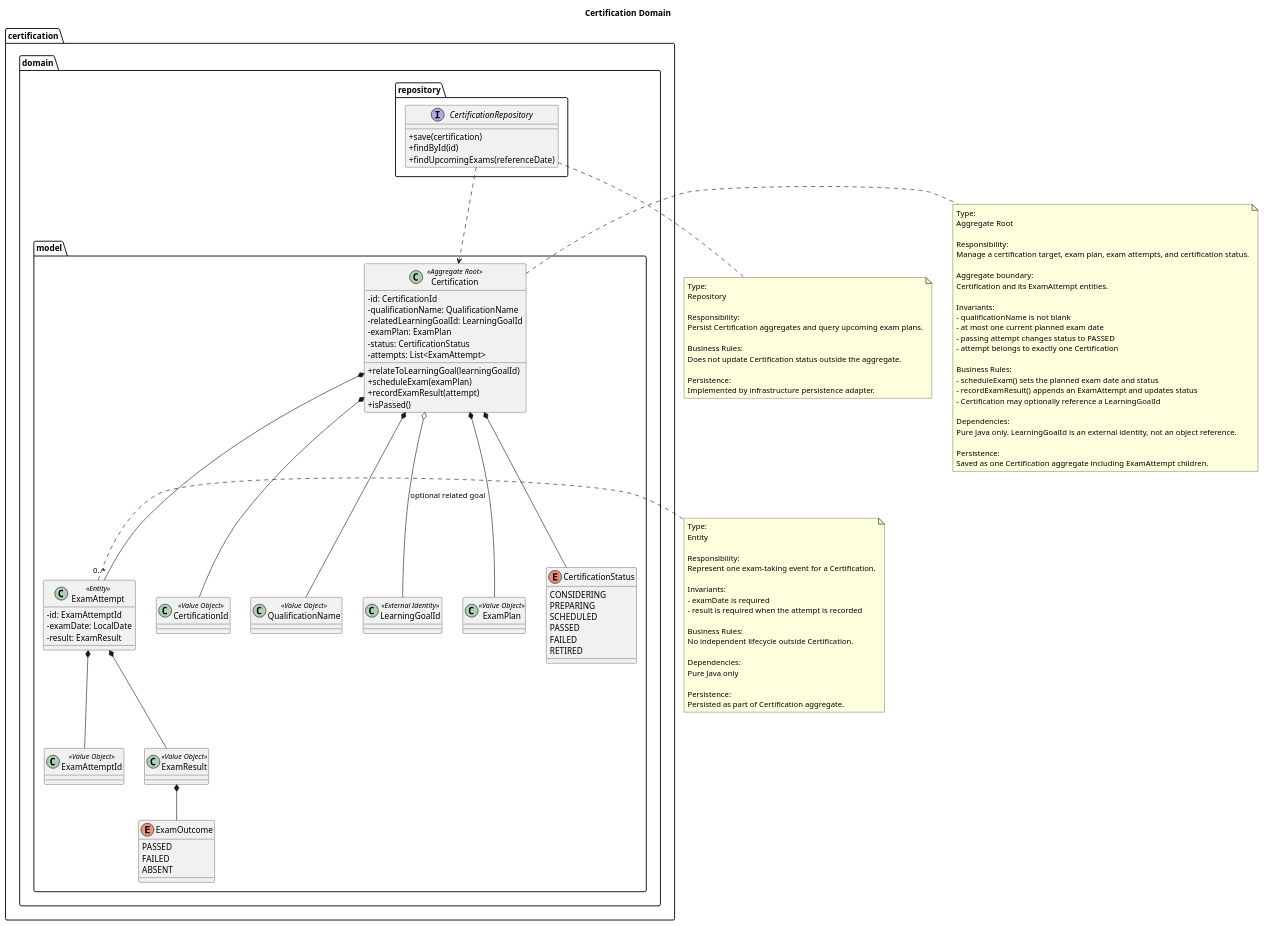
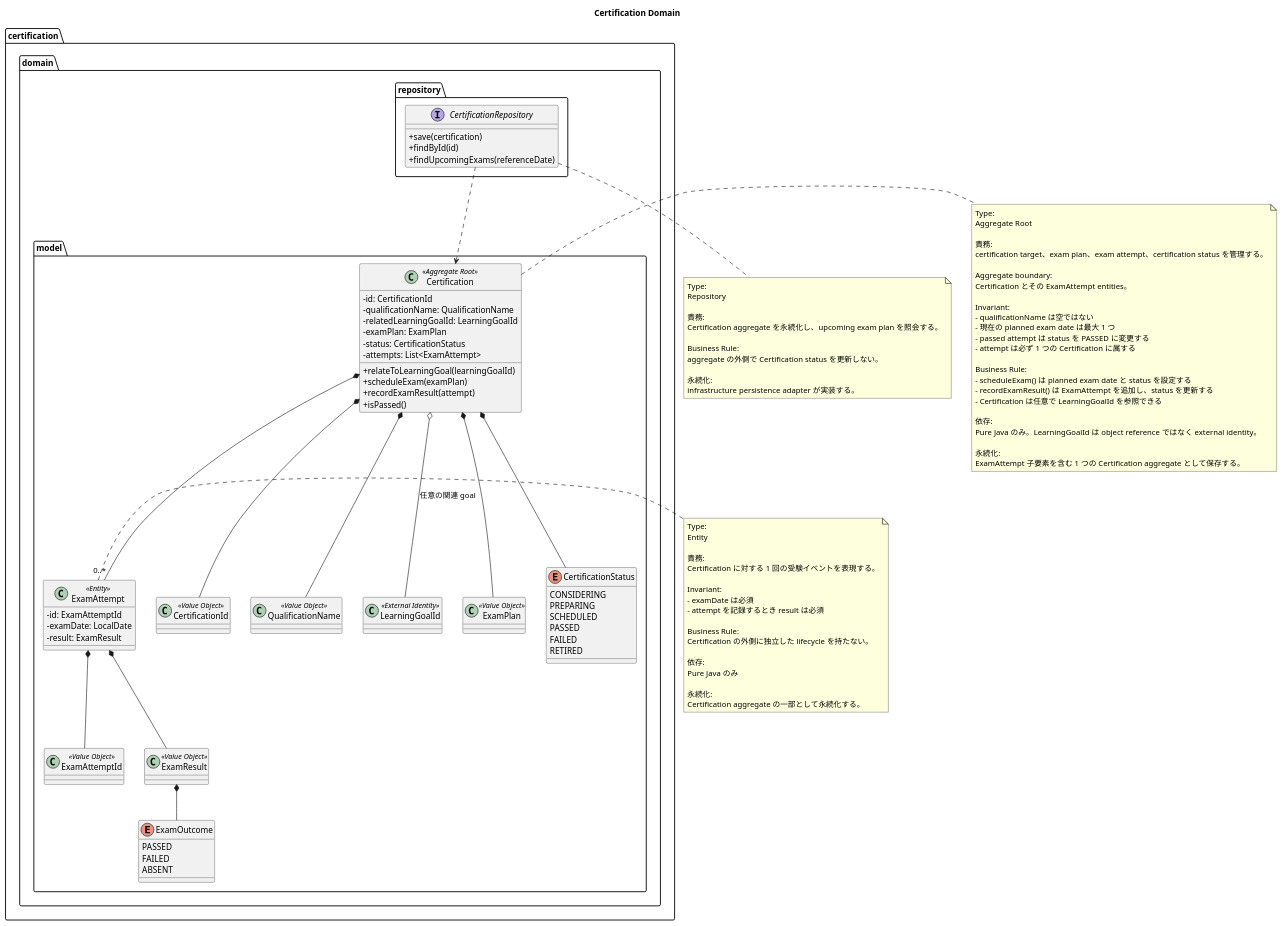
The diagram in docs/plantuml/domain/certification-domain.puml (watanabe-1/ai-ddd-devtrack), drawn with PlantUML before and after one commit. The commit also changed other lines of this file and 9 other files, not shown here.

```diff
--- a/docs/plantuml/domain/certification-domain.puml
+++ b/docs/plantuml/domain/certification-domain.puml
@@ -1,132 +1,132 @@
 @startuml
 title Certification Domain
 
 skinparam classAttributeIconSize 0
 
 package "certification.domain.model" {
   class Certification <<Aggregate Root>> {
     - id: CertificationId
     - qualificationName: QualificationName
     - relatedLearningGoalId: LearningGoalId
     - examPlan: ExamPlan
     - status: CertificationStatus
     - attempts: List<ExamAttempt>
     + relateToLearningGoal(learningGoalId)
     + scheduleExam(examPlan)
     + recordExamResult(attempt)
     + isPassed()
   }
 
   class ExamAttempt <<Entity>> {
     - id: ExamAttemptId
     - examDate: LocalDate
     - result: ExamResult
   }
 
   class CertificationId <<Value Object>>
   class ExamAttemptId <<Value Object>>
   class QualificationName <<Value Object>>
   class LearningGoalId <<External Identity>>
   class ExamPlan <<Value Object>>
   class ExamResult <<Value Object>>
 
   enum CertificationStatus {
     CONSIDERING
     PREPARING
     SCHEDULED
     PASSED
     FAILED
     RETIRED
   }
 
   enum ExamOutcome {
     PASSED
     FAILED
     ABSENT
   }
 }
 
 package "certification.domain.repository" {
   interface CertificationRepository {
     + save(certification)
     + findById(id)
     + findUpcomingExams(referenceDate)
   }
 }
 
 Certification *-- CertificationId
 Certification *-- QualificationName
-Certification o-- LearningGoalId : optional related goal
+Certification o-- LearningGoalId : 任意の関連 goal
 Certification *-- ExamPlan
 Certification *-- CertificationStatus
 Certification *-- "0..*" ExamAttempt
 ExamAttempt *-- ExamAttemptId
 ExamAttempt *-- ExamResult
 ExamResult *-- ExamOutcome
 
 CertificationRepository ..> Certification
 
 note right of Certification
 Type:
 Aggregate Root
 
-Responsibility:
-Manage a certification target, exam plan, exam attempts, and certification status.
+責務:
+certification target、exam plan、exam attempt、certification status を管理する。
 
 Aggregate boundary:
-Certification and its ExamAttempt entities.
+Certification とその ExamAttempt entities。
 
-Invariants:
-- qualificationName is not blank
-- at most one current planned exam date
-- passing attempt changes status to PASSED
-- attempt belongs to exactly one Certification
+Invariant:
+- qualificationName は空ではない
+- 現在の planned exam date は最大 1 つ
+- passed attempt は status を PASSED に変更する
+- attempt は必ず 1 つの Certification に属する
 
-Business Rules:
-- scheduleExam() sets the planned exam date and status
-- recordExamResult() appends an ExamAttempt and updates status
-- Certification may optionally reference a LearningGoalId
+Business Rule:
+- scheduleExam() は planned exam date と status を設定する
+- recordExamResult() は ExamAttempt を追加し、status を更新する
+- Certification は任意で LearningGoalId を参照できる
 
-Dependencies:
-Pure Java only. LearningGoalId is an external identity, not an object reference.
+依存:
+Pure Java のみ。LearningGoalId は object reference ではなく external identity。
 
-Persistence:
-Saved as one Certification aggregate including ExamAttempt children.
+永続化:
+ExamAttempt 子要素を含む 1 つの Certification aggregate として保存する。
 end note
 
 note right of ExamAttempt
 Type:
 Entity
 
-Responsibility:
-Represent one exam-taking event for a Certification.
+責務:
+Certification に対する 1 回の受験イベントを表現する。
 
-Invariants:
-- examDate is required
-- result is required when the attempt is recorded
+Invariant:
+- examDate は必須
+- attempt を記録するとき result は必須
 
-Business Rules:
-No independent lifecycle outside Certification.
+Business Rule:
+Certification の外側に独立した lifecycle を持たない。
 
-Dependencies:
-Pure Java only
+依存:
+Pure Java のみ
 
-Persistence:
-Persisted as part of Certification aggregate.
+永続化:
+Certification aggregate の一部として永続化する。
 end note
 
 note bottom of CertificationRepository
 Type:
 Repository
 
-Responsibility:
-Persist Certification aggregates and query upcoming exam plans.
+責務:
+Certification aggregate を永続化し、upcoming exam plan を照会する。
 
-Business Rules:
-Does not update Certification status outside the aggregate.
+Business Rule:
+aggregate の外側で Certification status を更新しない。
 
-Persistence:
-Implemented by infrastructure persistence adapter.
+永続化:
+infrastructure persistence adapter が実装する。
 end note
 
 @enduml
```
